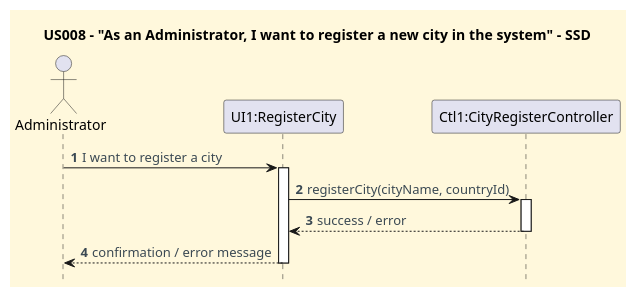
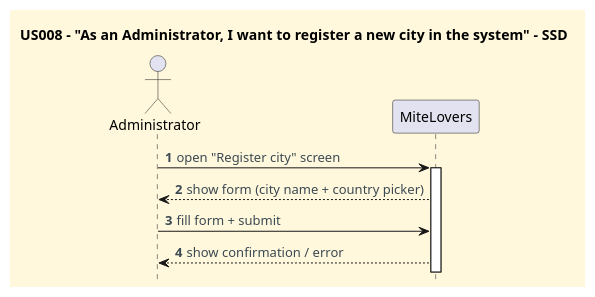
The diagram in docs/userStories/US008/US008_register_a_city_SSD.puml (CarolinaLeite-collab/JavaMarketplacePlatform), drawn with PlantUML before and after one commit. The commit also changed other lines of this file and 8 other files, not shown here.

```diff
--- a/docs/userStories/US008/US008_register_a_city_SSD.puml
+++ b/docs/userStories/US008/US008_register_a_city_SSD.puml
@@ -1,37 +1,27 @@
 @startuml
 '==== Title ====
 title US008 - "As an Administrator, I want to register a new city in the system" - SSD
 hidefootbox
 
 '==== basic style ====
 skinparam monochrome false
 skinparam shadowing false
 skinparam defaultFontName Futura
 skinparam objectFontSize 20
 skinparam backgroundColor CornSilk
 skinparam objectBackgroundColor WhiteSmoke
 skinparam noteBackgroundColor #FFFFE0
 skinparam ArrowFontColor #3B4953
 
 autonumber
 autoactivate off
 
 actor Administrator
-participant "UI1:RegisterCity" as UI
-participant "Ctl1:CityRegisterController" as Ctl
+participant "MiteLovers" as MiteLovers
 
-' -- User interaction --
-Administrator -> UI: I want to register a city
-activate UI
-
-' -- UI triggers controller --
-UI -> Ctl: registerCity(cityName, countryId)
-activate Ctl
-
-' -- Controller returns result to UI and user --
-Ctl --> UI: success / error
-deactivate Ctl
-UI --> Administrator: confirmation / error message
-deactivate UI
-
+Administrator -> MiteLovers: open "Register city" screen
+activate MiteLovers
+MiteLovers --> Administrator: show form (city name + country picker)
+Administrator -> MiteLovers: fill form + submit
+MiteLovers --> Administrator: show confirmation / error
 @enduml
```
